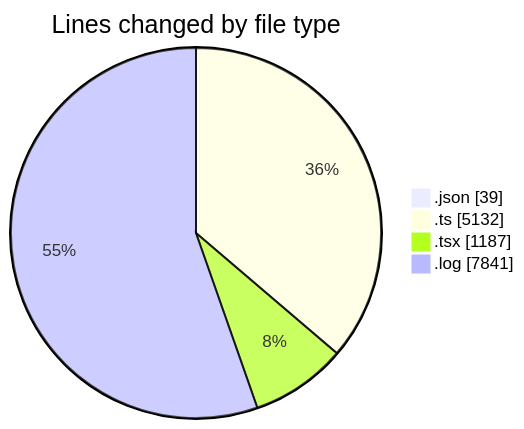
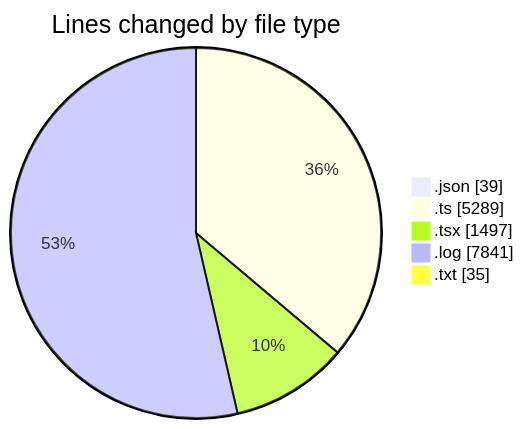
Before and after one commit to lephambinh05/code-tracking: the first of 2 diagrams in 2025-09-13/napxuvn/README.md, drawn with Mermaid. The commit also changed other lines of this file and 1 other file, not shown here.

````diff
--- a/2025-09-13/napxuvn/README.md
+++ b/2025-09-13/napxuvn/README.md
@@ -48,8 +54,9 @@
 ```mermaid
 pie showData
 title Lines changed by file type
 ".json" : 39
-".ts" : 5132
-".tsx" : 1187
+".ts" : 5289
+".tsx" : 1497
 ".log" : 7841
+".txt" : 35
 ```
````
